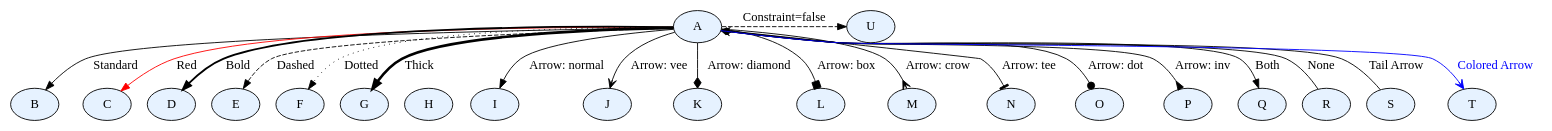
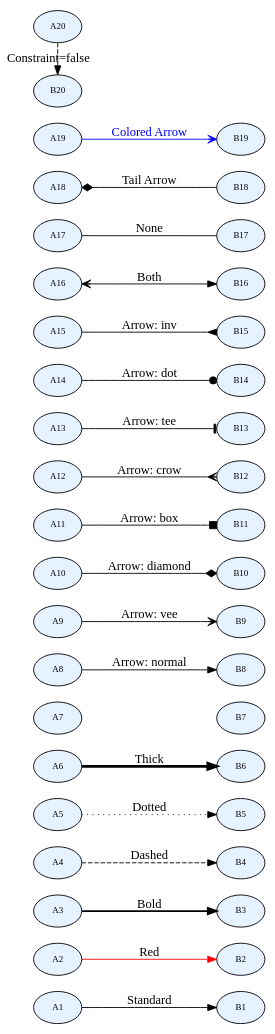
One commit to andikatjacobdennis/graphviz-tutorial changed the third of 3 diagrams in 1-getting-started/first-diagram.md. Above: the diagram before and after it, drawn with Graphviz.

Commit message:
Refactor edge types diagram for clarity and consistency; update node labels and styles.

````diff
--- a/1-getting-started/first-diagram.md
+++ b/1-getting-started/first-diagram.md
@@ -87,53 +87,30 @@
 ```dot
-digraph Connections {
-    //rankdir=LR;
-    node [shape=ellipse, style=filled, fillcolor="#e6f2ff"];
-    
-    // Standard edge
-    A -> B [label="Standard"];
-    
-    // Colored edge
-    A -> C [label="Red", color=red];
+digraph EdgeTypes {
+    rankdir=LR;
+    node [shape=ellipse, style=filled, fillcolor="#e6f2ff", fontsize=10];
 
-    // Bold edge
-    A -> D [label="Bold", style=bold];
+    A1 -> B1 [label="Standard"];
+    A2 -> B2 [label="Red", color=red];
 
-    // Dashed edge
-    A -> E [label="Dashed", style=dashed];
+    A3 -> B3 [label="Bold", style=bold];
+    A4 -> B4 [label="Dashed", style=dashed];
+    A5 -> B5 [label="Dotted", style=dotted];
+    A6 -> B6 [label="Thick", penwidth=3];
+    A7 -> B7 [label="Invisible", style=invis];
 
-    // Dotted edge
-    A -> F [label="Dotted", style=dotted];
+    A8  -> B8  [label="Arrow: normal", arrowhead=normal];
+    A9  -> B9  [label="Arrow: vee", arrowhead=vee];
+    A10 -> B10 [label="Arrow: diamond", arrowhead=diamond];
+    A11 -> B11 [label="Arrow: box", arrowhead=box];
+    A12 -> B12 [label="Arrow: crow", arrowhead=crow];
+    A13 -> B13 [label="Arrow: tee", arrowhead=tee];
+    A14 -> B14 [label="Arrow: dot", arrowhead=dot];
+    A15 -> B15 [label="Arrow: inv", arrowhead=inv];
 
-    // Thick edge
-    A -> G [label="Thick", penwidth=3];
-
-    // Invisible edge
-    A -> H [label="Invisible", style=invis];
-
-    // Arrowhead variations
-    A -> I [label="Arrow: normal", arrowhead=normal];
-    A -> J [label="Arrow: vee", arrowhead=vee];
-    A -> K [label="Arrow: diamond", arrowhead=diamond];
-    A -> L [label="Arrow: box", arrowhead=box];
-    A -> M [label="Arrow: crow", arrowhead=crow];
-    A -> N [label="Arrow: tee", arrowhead=tee];
-    A -> O [label="Arrow: dot", arrowhead=dot];
-    A -> P [label="Arrow: inv", arrowhead=inv];
-
-    // Double arrows (both directions)
-    A -> Q [label="Both", dir=both, arrowhead=normal, arrowtail=vee];
-
-    // No arrowhead
-    A -> R [label="None", arrowhead=none];
-
-    // Tailed edge
-    A -> S [label="Tail Arrow", dir=back, arrowtail=diamond];
-
-    // Colored arrowhead
-    A -> T [label="Colored Arrow", color=blue, fontcolor=blue, arrowhead=vee];
-
-    // Curved edge with constraint
-    A -> U [label="Constraint=false", constraint=false, style=dashed];
+    A16 -> B16 [label="Both", dir=both, arrowhead=normal, arrowtail=vee];
+    A17 -> B17 [label="None", arrowhead=none];
+    A18 -> B18 [label="Tail Arrow", dir=back, arrowtail=diamond];
+    A19 -> B19 [label="Colored Arrow", color=blue, fontcolor=blue, arrowhead=vee];
+    A20 -> B20 [label="Constraint=false", constraint=false, style=dashed];
 }
-
 ```
````
